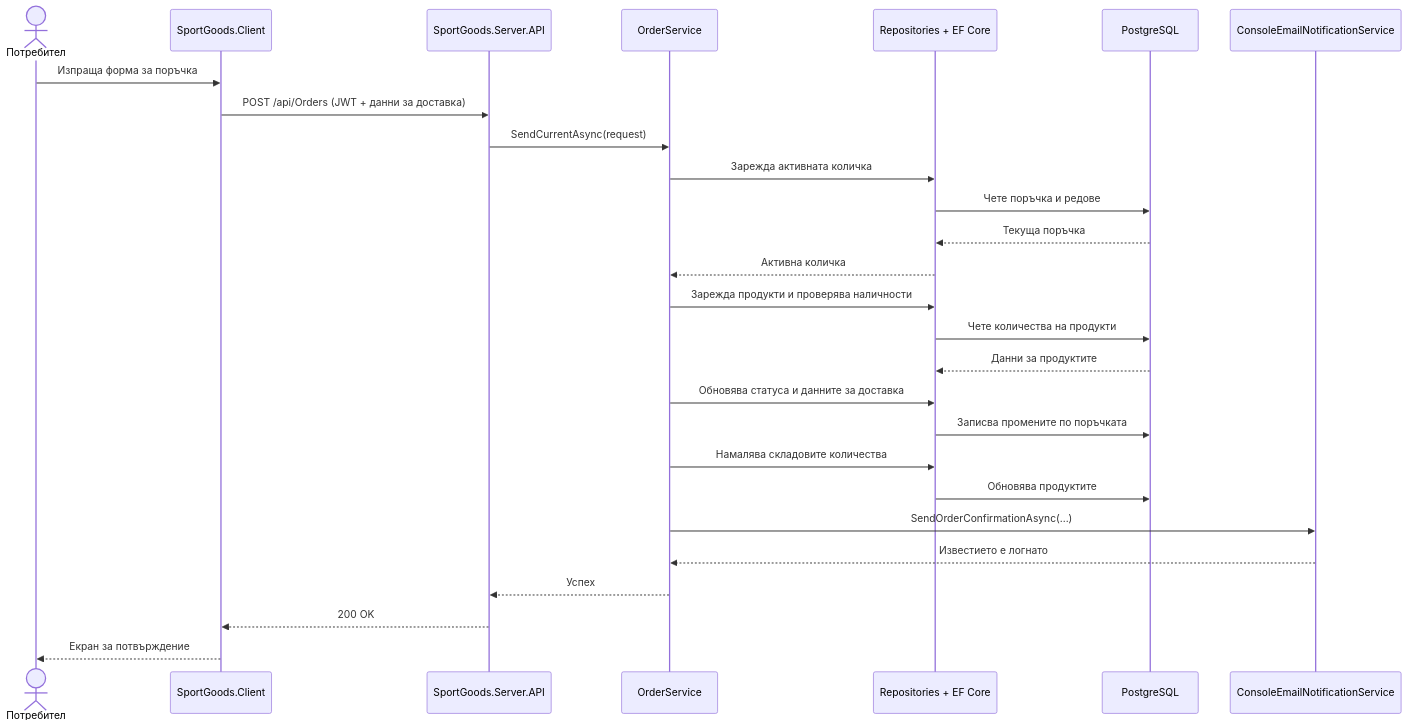
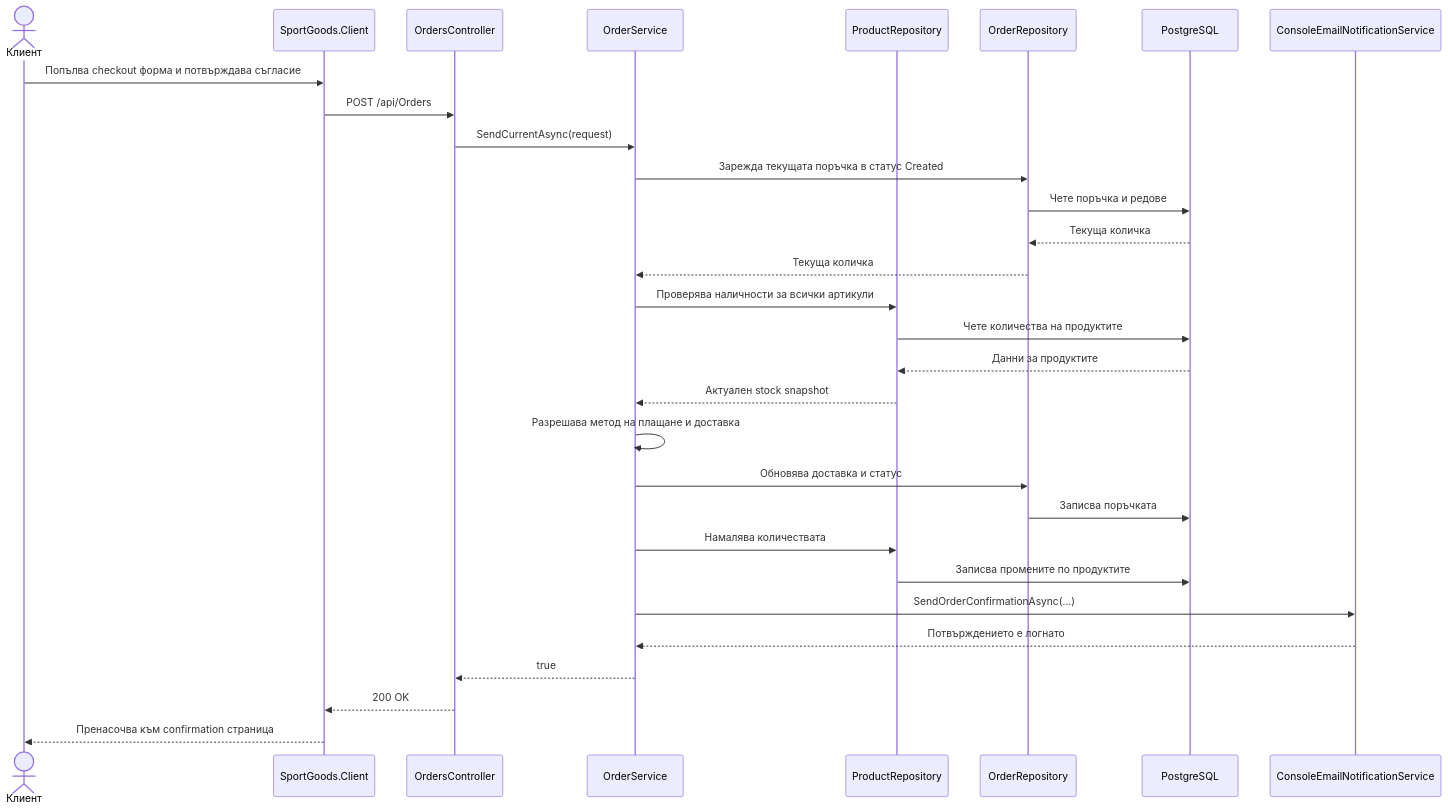
Before and after one commit to IvanovvAlex/SportGoods.Client: the third of 5 diagrams in docs/ProjectDocumentation.bg.md, drawn with Mermaid. The commit also changed other lines of this file and 3 other files, not shown here.

````diff
--- a/docs/ProjectDocumentation.bg.md
+++ b/docs/ProjectDocumentation.bg.md
@@ -145,30 +174,33 @@
 ```mermaid
 sequenceDiagram
-    actor User as Потребител
+    actor Customer as Клиент
     participant Client as SportGoods.Client
-    participant API as SportGoods.Server.API
+    participant API as OrdersController
     participant Service as OrderService
-    participant Repo as Repositories + EF Core
+    participant ProductRepo as ProductRepository
+    participant OrderRepo as OrderRepository
     participant DB as PostgreSQL
     participant Notify as ConsoleEmailNotificationService
 
-    User->>Client: Изпраща форма за поръчка
-    Client->>API: POST /api/Orders (JWT + данни за доставка)
+    Customer->>Client: Попълва checkout форма и потвърждава съгласие
+    Client->>API: POST /api/Orders
     API->>Service: SendCurrentAsync(request)
-    Service->>Repo: Зарежда активната количка
-    Repo->>DB: Чете поръчка и редове
-    DB-->>Repo: Текуща поръчка
-    Repo-->>Service: Активна количка
-    Service->>Repo: Зарежда продукти и проверява наличности
-    Repo->>DB: Чете количества на продукти
-    DB-->>Repo: Данни за продуктите
-    Service->>Repo: Обновява статуса и данните за доставка
-    Repo->>DB: Записва промените по поръчката
-    Service->>Repo: Намалява складовите количества
-    Repo->>DB: Обновява продуктите
+    Service->>OrderRepo: Зарежда текущата поръчка в статус Created
+    OrderRepo->>DB: Чете поръчка и редове
+    DB-->>OrderRepo: Текуща количка
+    OrderRepo-->>Service: Текуща количка
+    Service->>ProductRepo: Проверява наличности за всички артикули
+    ProductRepo->>DB: Чете количества на продуктите
+    DB-->>ProductRepo: Данни за продуктите
+    ProductRepo-->>Service: Актуален stock snapshot
+    Service->>Service: Разрешава метод на плащане и доставка
+    Service->>OrderRepo: Обновява доставка и статус
+    OrderRepo->>DB: Записва поръчката
+    Service->>ProductRepo: Намалява количествата
+    ProductRepo->>DB: Записва промените по продуктите
     Service->>Notify: SendOrderConfirmationAsync(...)
-    Notify-->>Service: Известието е логнато
-    Service-->>API: Успех
+    Notify-->>Service: Потвърждението е логнато
+    Service-->>API: true
     API-->>Client: 200 OK
-    Client-->>User: Екран за потвърждение
+    Client-->>Customer: Пренасочва към confirmation страница
 ```
````
